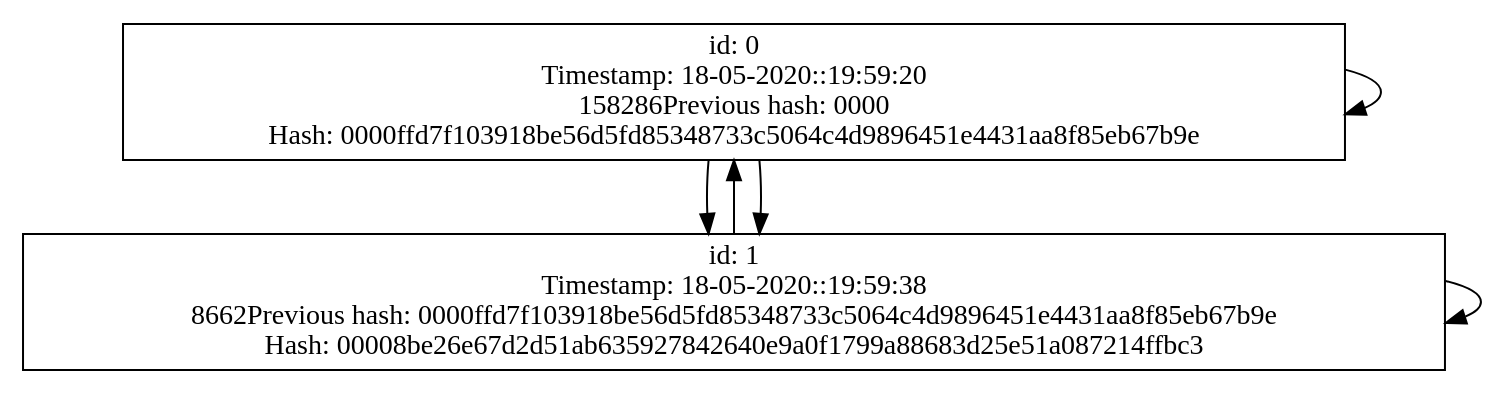
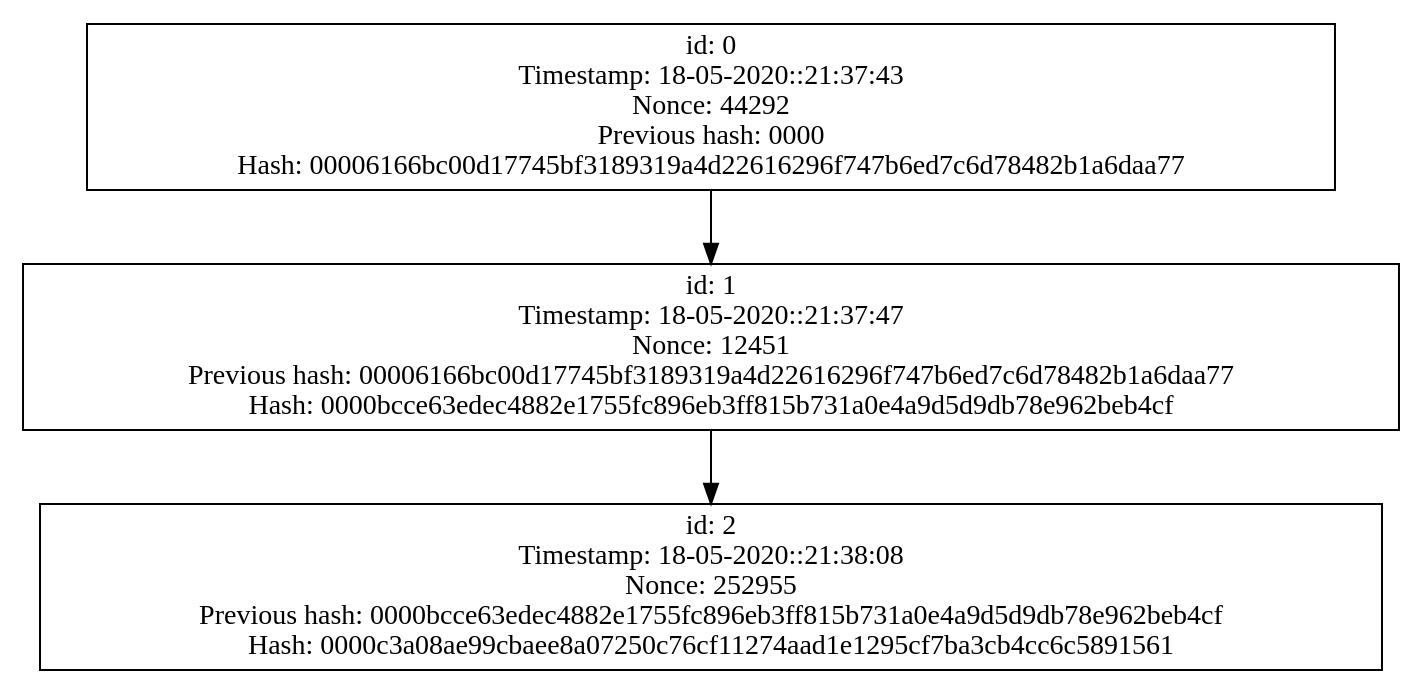
The diagram in bloques.dot (carlostex98/Block-Lib), drawn with Graphviz before and after one commit. The commit also changed 5 other files, not shown here.

```diff
--- a/bloques.dot
+++ b/bloques.dot
@@ -1,19 +1,10 @@
 digraph sls{
 node [shape=record];
-ip0 [label=" id: 0\nTimestamp: 18-05-2020::19:59:20\n158286Previous hash: 0000\nHash: 0000ffd7f103918be56d5fd85348733c5064c4d9896451e4431aa8f85eb67b9e "];
+ip0 [label=" id: 0\nTimestamp: 18-05-2020::21:37:43\nNonce: 44292\nPrevious hash: 0000\nHash: 00006166bc00d17745bf3189319a4d22616296f747b6ed7c6d78482b1a6daa77 "];
 ip0 -> ip1; 
 
-ip1 [label=" id: 1\nTimestamp: 18-05-2020::19:59:38\n8662Previous hash: 0000ffd7f103918be56d5fd85348733c5064c4d9896451e4431aa8f85eb67b9e\nHash: 00008be26e67d2d51ab635927842640e9a0f1799a88683d25e51a087214ffbc3 "];
-ip1 -> ip0; 
+ip1 [label=" id: 1\nTimestamp: 18-05-2020::21:37:47\nNonce: 12451\nPrevious hash: 00006166bc00d17745bf3189319a4d22616296f747b6ed7c6d78482b1a6daa77\nHash: 0000bcce63edec4882e1755fc896eb3ff815b731a0e4a9d5d9db78e962beb4cf "];
+ip1 -> ip2; 
 
-ip0 [label=" id: 0\nTimestamp: 18-05-2020::19:59:20\n158286Previous hash: 0000\nHash: 0000ffd7f103918be56d5fd85348733c5064c4d9896451e4431aa8f85eb67b9e "];
-ip0 -> ip0; 
-
-ip0 [label=" id: 0\nTimestamp: 18-05-2020::19:59:20\n158286Previous hash: 0000\nHash: 0000ffd7f103918be56d5fd85348733c5064c4d9896451e4431aa8f85eb67b9e "];
-ip0 -> ip1; 
-
-ip1 [label=" id: 1\nTimestamp: 18-05-2020::19:59:38\n8662Previous hash: 0000ffd7f103918be56d5fd85348733c5064c4d9896451e4431aa8f85eb67b9e\nHash: 00008be26e67d2d51ab635927842640e9a0f1799a88683d25e51a087214ffbc3 "];
-ip1 -> ip1; 
-
-ip1 [label=" id: 1\nTimestamp: 18-05-2020::19:59:38\n8662Previous hash: 0000ffd7f103918be56d5fd85348733c5064c4d9896451e4431aa8f85eb67b9e\nHash: 00008be26e67d2d51ab635927842640e9a0f1799a88683d25e51a087214ffbc3 "];
+ip2 [label=" id: 2\nTimestamp: 18-05-2020::21:38:08\nNonce: 252955\nPrevious hash: 0000bcce63edec4882e1755fc896eb3ff815b731a0e4a9d5d9db78e962beb4cf\nHash: 0000c3a08ae99cbaee8a07250c76cf11274aad1e1295cf7ba3cb4cc6c5891561 "];
 }
```
